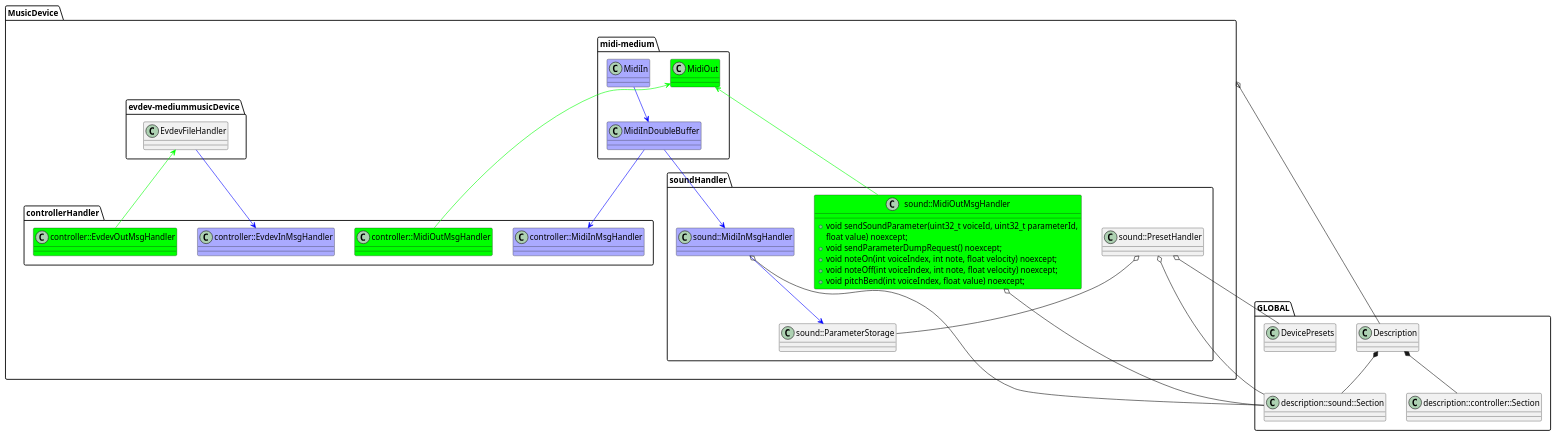
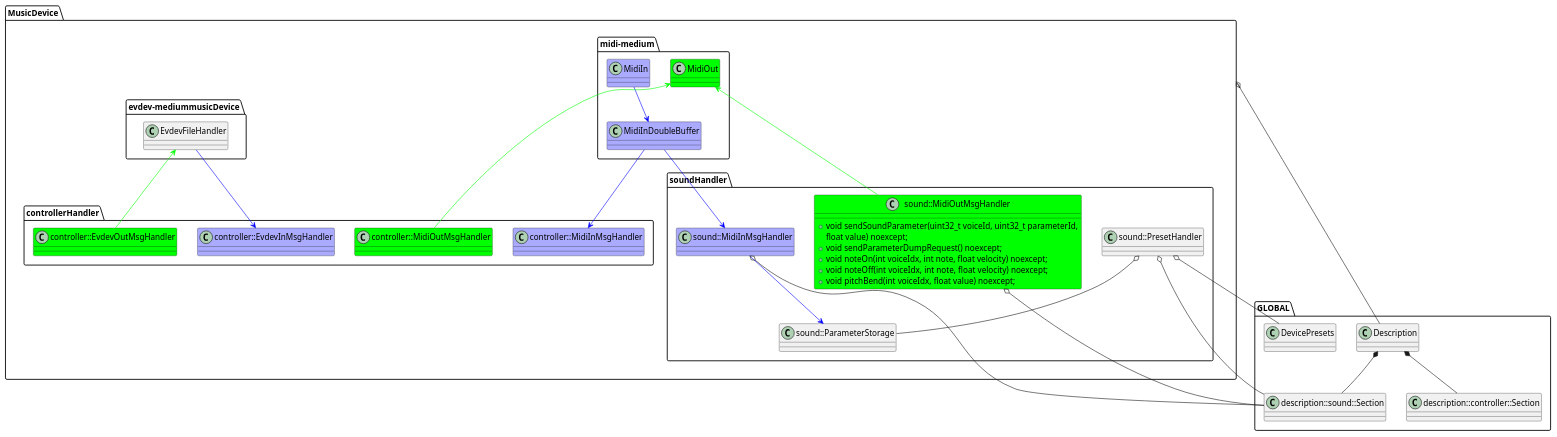
The diagram in Base/Documentation/Brainstorming/classes.puml (dliess/MidiEmBackend), drawn with PlantUML before and after one commit. The commit also changed 7 other files, not shown here.

```diff
--- a/Base/Documentation/Brainstorming/classes.puml
+++ b/Base/Documentation/Brainstorming/classes.puml
@@ -1,106 +1,106 @@
 @startuml
 
 package GLOBAL
 {
    class DevicePresets
    class Description
    class description::sound::Section
    class description::controller::Section
 }
 
 package MusicDevice
 {
 
 
 package soundHandler
 {
    class sound::MidiInMsgHandler #aaaaff
    {
 
    }
 
    class sound::MidiOutMsgHandler #00ff00
    {
       +void sendSoundParameter(uint32_t voiceId, uint32_t parameterId,
                               float value) noexcept;
       +void sendParameterDumpRequest() noexcept;
-      +void noteOn(int voiceIndex, int note, float velocity) noexcept;
-      +void noteOff(int voiceIndex, int note, float velocity) noexcept;
-      +void pitchBend(int voiceIndex, float value) noexcept;
+      +void noteOn(int voiceIdx, int note, float velocity) noexcept;
+      +void noteOff(int voiceIdx, int note, float velocity) noexcept;
+      +void pitchBend(int voiceIdx, float value) noexcept;
    }
 
 
    class sound::ParameterStorage
    {
 
    }
 
    class sound::PresetHandler
    {
 
    }
 
 }
 
 package controllerHandler
 {
    class controller::MidiInMsgHandler #aaaaff
    {
 
    }
 
    class controller::MidiOutMsgHandler #00ff00
    {
 
    }
 
    class controller::EvdevInMsgHandler #aaaaff
    {
 
    }
 
    class controller::EvdevOutMsgHandler #00ff00
    {
 
    }
 }
 
 package midi-medium
 {
 
 class MidiInDoubleBuffer #aaaaff
 class MidiOut #00ff00
 class MidiIn #aaaaff
 
 }
 
 package evdev-mediummusicDevice
 {
    class EvdevFileHandler
 }
 
 }
 
 Description *-- description::sound::Section
 Description *-- description::controller::Section
 
 MusicDevice o-- Description
 
 sound::MidiInMsgHandler --> sound::ParameterStorage #0000ff
 sound::PresetHandler o-- sound::ParameterStorage
 sound::PresetHandler o-- DevicePresets
 sound::PresetHandler o-- description::sound::Section
 sound::MidiOutMsgHandler o-- description::sound::Section
 sound::MidiInMsgHandler o-- description::sound::Section
 
 MidiIn --> MidiInDoubleBuffer #0000ff
 MidiInDoubleBuffer --> sound::MidiInMsgHandler #0000ff
 MidiInDoubleBuffer --> controller::MidiInMsgHandler #0000ff
 
 sound::MidiOutMsgHandler --> MidiOut #00ff00
 controller::MidiOutMsgHandler --> MidiOut #00ff00
 
 EvdevFileHandler --> controller::EvdevInMsgHandler #0000ff
 EvdevFileHandler <-- controller::EvdevOutMsgHandler #00ff00
 
 @enduml
```
